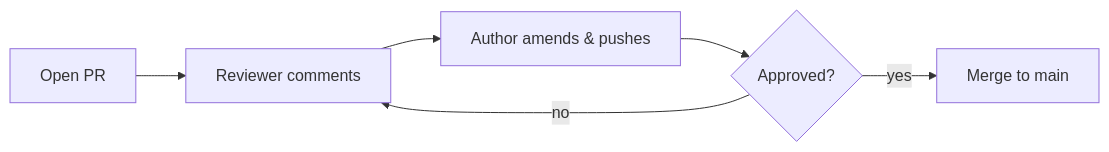
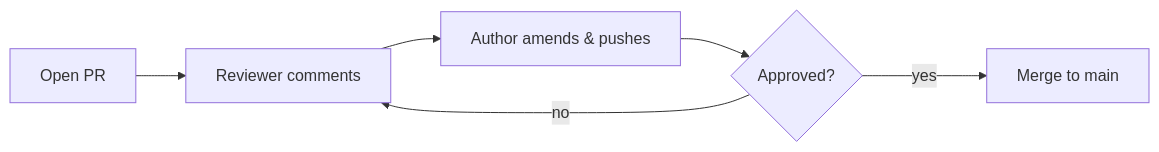
The second of 2 diagrams in lectures/content/slides/06_Version_Control.md (MindaugasSarpis/CERN_lessons_on_data_analysis), drawn with Mermaid before and after one commit. The commit also changed other lines of this file and 85 other files, not shown here.

````diff
--- a/lectures/content/slides/06_Version_Control.md
+++ b/lectures/content/slides/06_Version_Control.md
@@ -1430,8 +1374,8 @@
 ```mermaid {scale: 0.8}
 flowchart LR
     A[Open PR] --> B[Reviewer comments]
     B --> C[Author amends & pushes]
     C --> D{Approved?}
     D -- no --> B
-    D -- yes --> E[Merge to main]
+    D -- yes ---> E[Merge to main]
 ```
````
